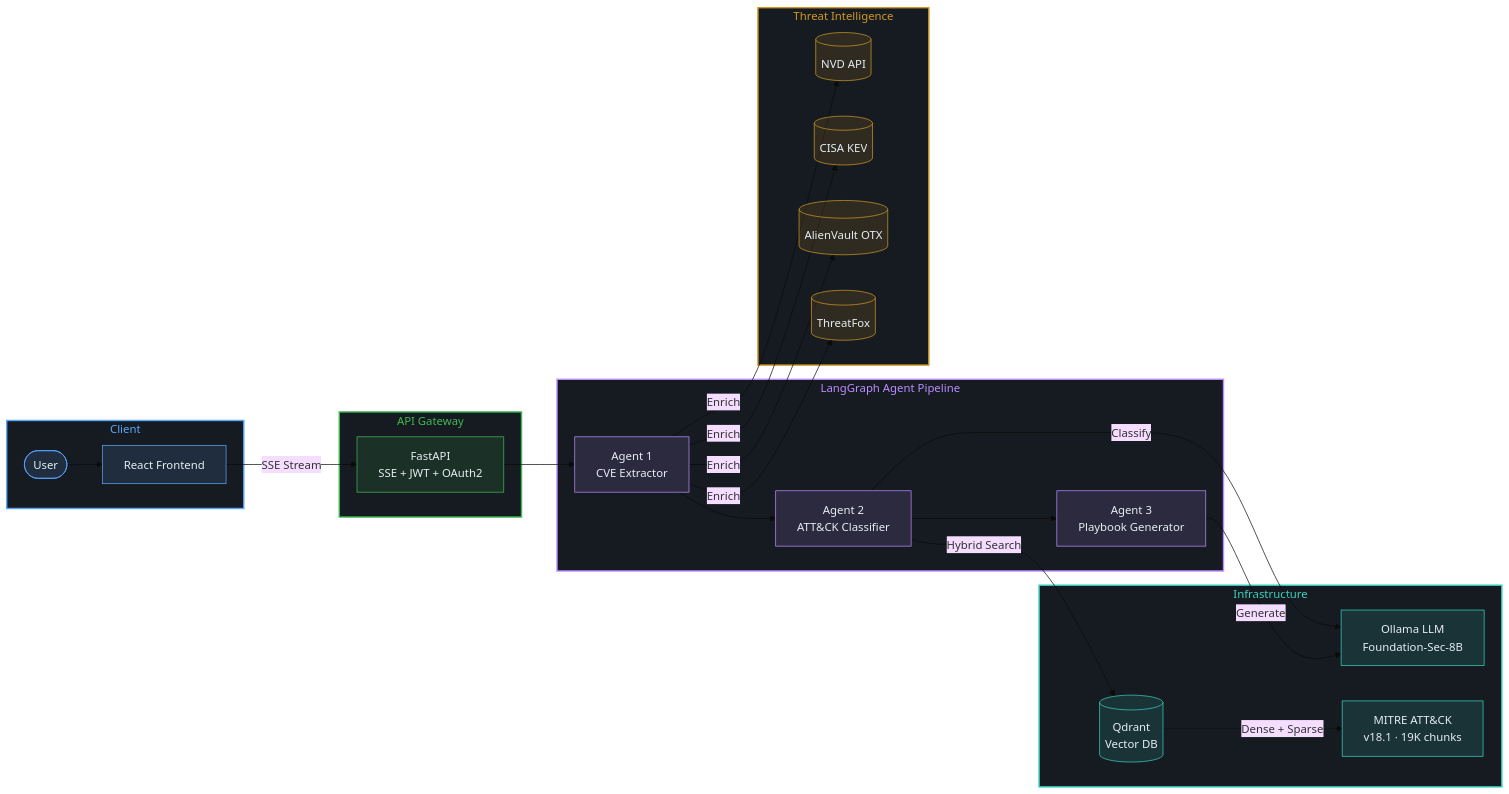
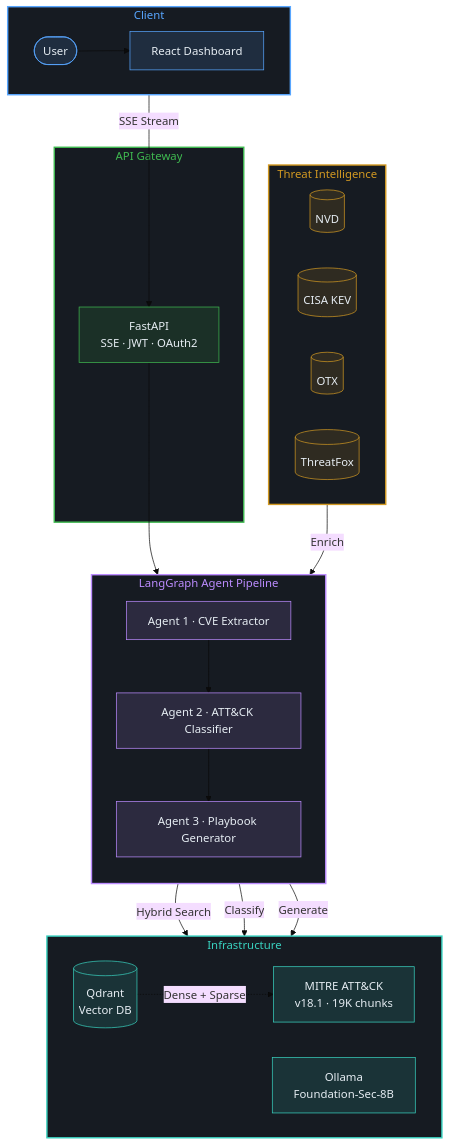
One commit to ayansk11/Agentic-Cybersec-Threat-Analyst changed the diagram in README.md. Above: the diagram before and after it, drawn with Mermaid (base theme). The commit also changed other lines of this file, not shown here.

Commit message:
Fix Mermaid architecture diagram overlapping lines
Replace 4 cross-subgraph connections (A1→NVD/KEV/OTX/TFox) with a single
subgraph-to-subgraph link (Intel→Pipeline) and use TB direction for the
pipeline to eliminate line/block overlaps in GitHub's Mermaid renderer.

````diff
--- a/README.md
+++ b/README.md
@@ -11,67 +11,64 @@
 ```mermaid
-flowchart LR
-    subgraph Client["  Client"]
+flowchart TB
+    subgraph Client["  Client  "]
+        direction LR
         User(["  User  "])
-        Frontend["  React Frontend  "]
+        Frontend["  React Dashboard  "]
+        User --> Frontend
     end
 
-    subgraph Gateway["  API Gateway"]
-        Backend["  FastAPI  \n  SSE + JWT + OAuth2  "]
+    subgraph Gateway["  API Gateway  "]
+        Backend["  FastAPI  \n  SSE · JWT · OAuth2  "]
     end
 
-    subgraph Pipeline["  LangGraph Agent Pipeline"]
-        A1["  Agent 1  \n  CVE Extractor  "]
-        A2["  Agent 2  \n  ATT&CK Classifier  "]
-        A3["  Agent 3  \n  Playbook Generator  "]
-    end
-
-    subgraph Intel["  Threat Intelligence"]
-        NVD[("  NVD API  ")]
+    subgraph Intel["  Threat Intelligence  "]
+        direction LR
+        NVD[("  NVD  ")]
         KEV[("  CISA KEV  ")]
-        OTX[("  AlienVault OTX  ")]
+        OTX[("  OTX  ")]
         TFox[("  ThreatFox  ")]
     end
 
-    subgraph Infra["  Infrastructure"]
-        Qdrant[("  Qdrant  \n  Vector DB  ")]
-        LLM["  Ollama LLM  \n  Foundation-Sec-8B  "]
-        MITRE["  MITRE ATT&CK  \n  v18.1 · 19K chunks  "]
+    subgraph Pipeline["  LangGraph Agent Pipeline  "]
+        direction TB
+        A1["  Agent 1 · CVE Extractor  "]
+        A2["  Agent 2 · ATT&CK Classifier  "]
+        A3["  Agent 3 · Playbook Generator  "]
+        A1 --> A2 --> A3
     end
 
-    User --> Frontend
+    subgraph Infra["  Infrastructure  "]
+        direction LR
+        Qdrant[("  Qdrant  \n  Vector DB  ")]
+        MITRE["  MITRE ATT&CK  \n  v18.1 · 19K chunks  "]
+        LLM["  Ollama  \n  Foundation-Sec-8B  "]
+    end
+
     Frontend -->|"SSE Stream"| Backend
-    Backend --> A1
-
-    A1 -->|"Enrich"| NVD
-    A1 -->|"Enrich"| KEV
-    A1 -->|"Enrich"| OTX
-    A1 -->|"Enrich"| TFox
-
-    A1 --> A2
+    Backend --> Pipeline
+    Intel -->|"Enrich"| Pipeline
     A2 -->|"Hybrid Search"| Qdrant
     A2 -->|"Classify"| LLM
+    A3 -->|"Generate"| LLM
     Qdrant -.->|"Dense + Sparse"| MITRE
-
-    A2 --> A3
-    A3 -->|"Generate"| LLM
 
     style Client fill:#161b22,stroke:#58a6ff,stroke-width:2px,color:#58a6ff
     style Gateway fill:#161b22,stroke:#3fb950,stroke-width:2px,color:#3fb950
     style Pipeline fill:#161b22,stroke:#bc8cff,stroke-width:2px,color:#bc8cff
     style Intel fill:#161b22,stroke:#d29922,stroke-width:2px,color:#d29922
     style Infra fill:#161b22,stroke:#39d2c0,stroke-width:2px,color:#39d2c0
 
     style User fill:#58a6ff22,stroke:#58a6ff,color:#e6edf3
     style Frontend fill:#58a6ff22,stroke:#58a6ff,color:#e6edf3
     style Backend fill:#3fb95022,stroke:#3fb950,color:#e6edf3
     style A1 fill:#bc8cff22,stroke:#bc8cff,color:#e6edf3
     style A2 fill:#bc8cff22,stroke:#bc8cff,color:#e6edf3
     style A3 fill:#bc8cff22,stroke:#bc8cff,color:#e6edf3
     style NVD fill:#d2992222,stroke:#d29922,color:#e6edf3
     style KEV fill:#d2992222,stroke:#d29922,color:#e6edf3
     style OTX fill:#d2992222,stroke:#d29922,color:#e6edf3
     style TFox fill:#d2992222,stroke:#d29922,color:#e6edf3
     style Qdrant fill:#39d2c022,stroke:#39d2c0,color:#e6edf3
     style LLM fill:#39d2c022,stroke:#39d2c0,color:#e6edf3
     style MITRE fill:#39d2c022,stroke:#39d2c0,color:#e6edf3
 ```
````
